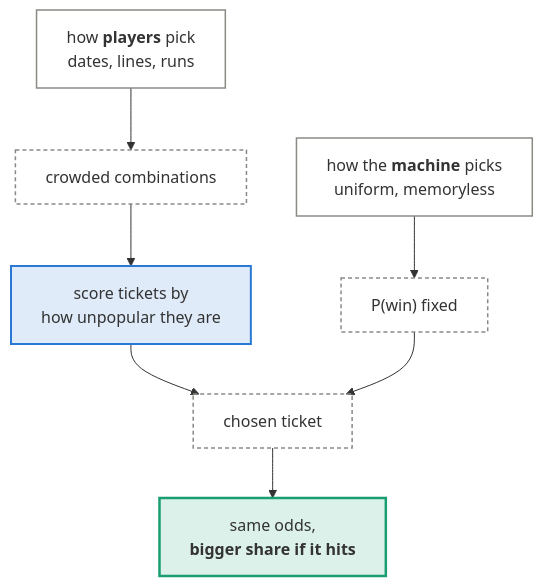
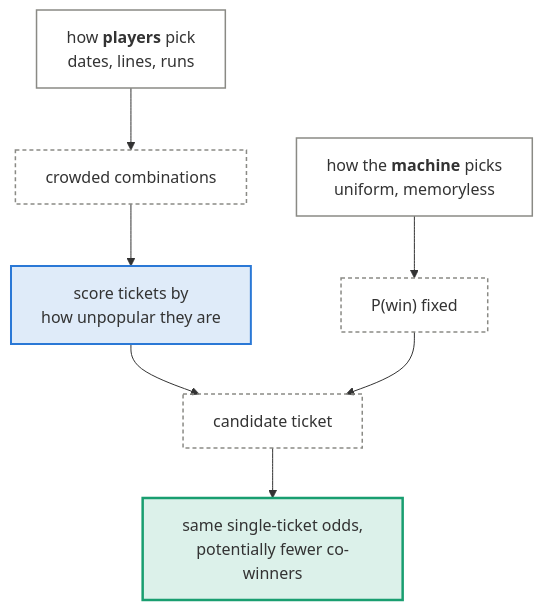
Before and after one commit to Timorleiderman/ILotto: the first of 4 diagrams in docs/approaches/ticket-generators.md, drawn with Mermaid. The commit also changed other lines of this file and 26 other files, not shown here.

````diff
--- a/docs/approaches/ticket-generators.md
+++ b/docs/approaches/ticket-generators.md
@@ -43,20 +97,20 @@
 ```mermaid
 flowchart TB
   POP["how <b>players</b> pick<br/>dates, lines, runs"] --> CROWD["crowded combinations"]
   MACH["how the <b>machine</b> picks<br/>uniform, memoryless"] --> ODDS["P(win) fixed"]
   CROWD --> AVOID["score tickets by<br/>how unpopular they are"]
-  AVOID --> T["chosen ticket"]
+  AVOID --> T["candidate ticket"]
   ODDS --> T
-  T --> EV["same odds,<br/><b>bigger share if it hits</b>"]
+  T --> EV["same single-ticket odds,<br/>potentially fewer co-winners"]
 
   class POP,MACH data
   class CROWD,ODDS op
   class AVOID learn
   class T op
   class EV out
   classDef data fill:none,stroke:#8a8a85,stroke-width:1.5px
   classDef learn fill:#2a78d626,stroke:#2a78d6,stroke-width:2px
   classDef op fill:none,stroke:#8a8a85,stroke-width:1.5px,stroke-dasharray:4 3
   classDef out fill:#199e7026,stroke:#199e70,stroke-width:2.5px
   classDef flaw fill:#e3494826,stroke:#e34948,stroke-width:3px
 ```
````
